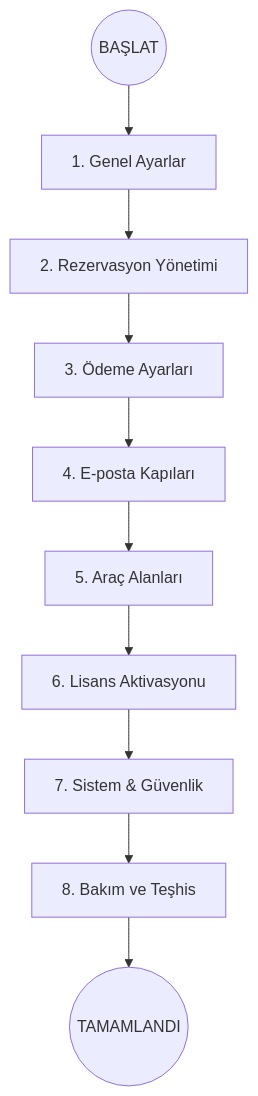
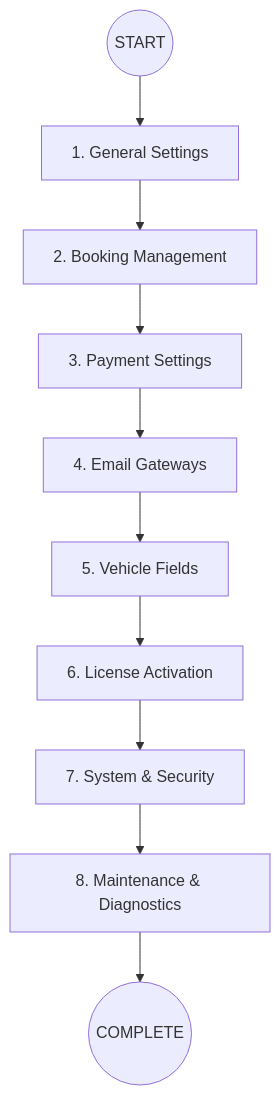
Before and after one commit to MaxHandMade/mhm-rentiva-docs: the diagram in docs/02-core-configuration/reading-order.md, drawn with Mermaid. The commit also changed other lines of this file and 347 other files, not shown here.

````diff
--- a/docs/02-core-configuration/reading-order.md
+++ b/docs/02-core-configuration/reading-order.md
@@ -91,12 +91,12 @@
 ```mermaid
 graph TD
-    Start((BAŞLAT)) --> GS[1. Genel Ayarlar]
-    GS --> BS[2. Rezervasyon Yönetimi]
-    BS --> PS[3. Ödeme Ayarları]
-    PS --> ES[4. E-posta Kapıları]
-    ES --> AS[5. Araç Alanları]
-    AS --> LZ[6. Lisans Aktivasyonu]
-    LZ --> SP[7. Sistem & Güvenlik]
-    SP --> UT[8. Bakım ve Teşhis]
-    UT --> End((TAMAMLANDI))
+    Start((START)) --> GS[1. General Settings]
+    GS --> BS[2. Booking Management]
+    BS --> PS[3. Payment Settings]
+    PS --> ES[4. Email Gateways]
+    ES --> AS[5. Vehicle Fields]
+    AS --> LZ[6. License Activation]
+    LZ --> SP[7. System & Security]
+    SP --> UT[8. Maintenance & Diagnostics]
+    UT --> End((COMPLETE))
 ```
````
